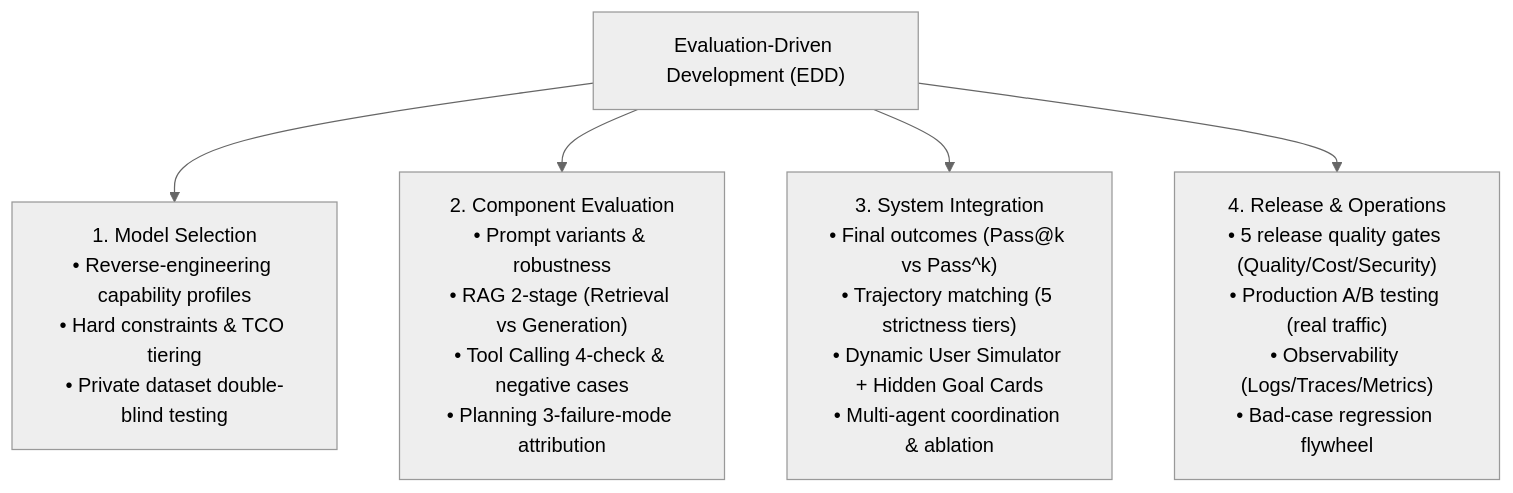
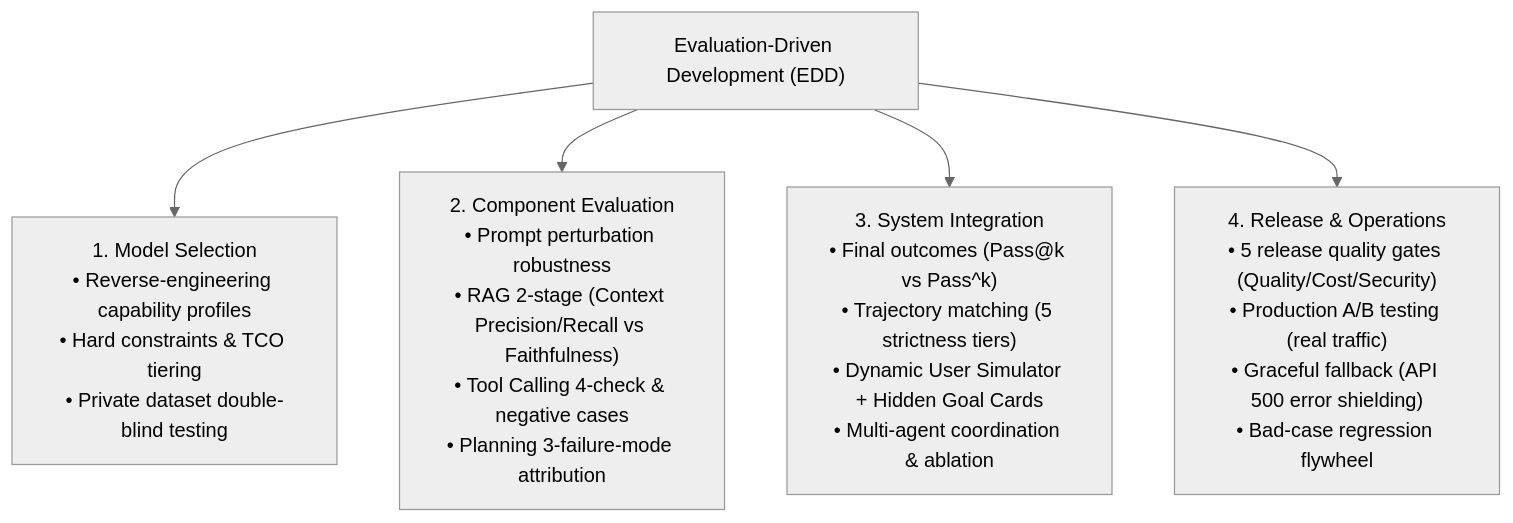
Before and after one commit to Anlon-27/awesome-agent-eval: the diagram in README_EN.md, drawn with Mermaid (neutral theme). The commit also changed other lines of this file and 3 other files, not shown here.

Commit message:
feat: Add core quality dimensions (RAG effectiveness, prompt perturbation, schema integrity & API fallback)

````diff
--- a/README_EN.md
+++ b/README_EN.md
@@ -28,7 +28,7 @@
 ```mermaid
 graph TD
     A["Evaluation-Driven Development (EDD)"] --> B["1. Model Selection<br/>• Reverse-engineering capability profiles<br/>• Hard constraints & TCO tiering<br/>• Private dataset double-blind testing"]
-    A --> C["2. Component Evaluation<br/>• Prompt variants & robustness<br/>• RAG 2-stage (Retrieval vs Generation)<br/>• Tool Calling 4-check & negative cases<br/>• Planning 3-failure-mode attribution"]
+    A --> C["2. Component Evaluation<br/>• Prompt perturbation robustness<br/>• RAG 2-stage (Context Precision/Recall vs Faithfulness)<br/>• Tool Calling 4-check & negative cases<br/>• Planning 3-failure-mode attribution"]
     A --> D["3. System Integration<br/>• Final outcomes (Pass@k vs Pass^k)<br/>• Trajectory matching (5 strictness tiers)<br/>• Dynamic User Simulator + Hidden Goal Cards<br/>• Multi-agent coordination & ablation"]
-    A --> E["4. Release & Operations<br/>• 5 release quality gates (Quality/Cost/Security)<br/>• Production A/B testing (real traffic)<br/>• Observability (Logs/Traces/Metrics)<br/>• Bad-case regression flywheel"]
+    A --> E["4. Release & Operations<br/>• 5 release quality gates (Quality/Cost/Security)<br/>• Production A/B testing (real traffic)<br/>• Graceful fallback (API 500 error shielding)<br/>• Bad-case regression flywheel"]
 ```
````
